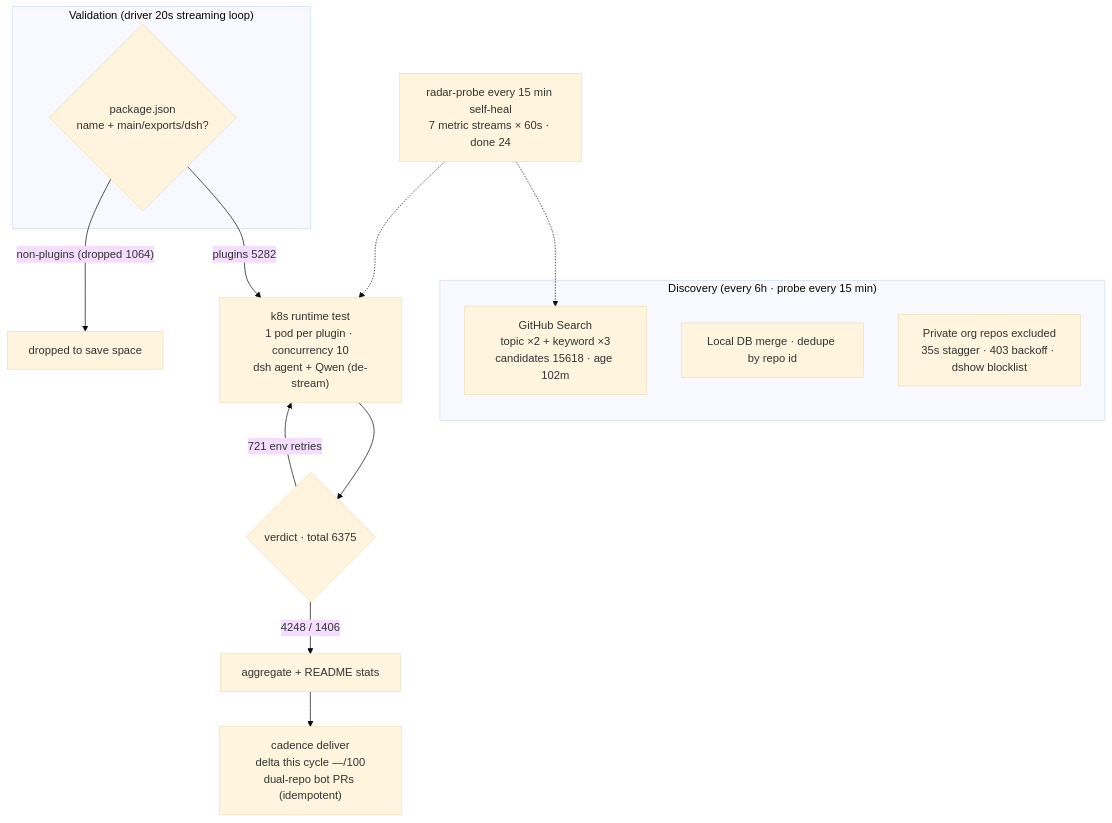
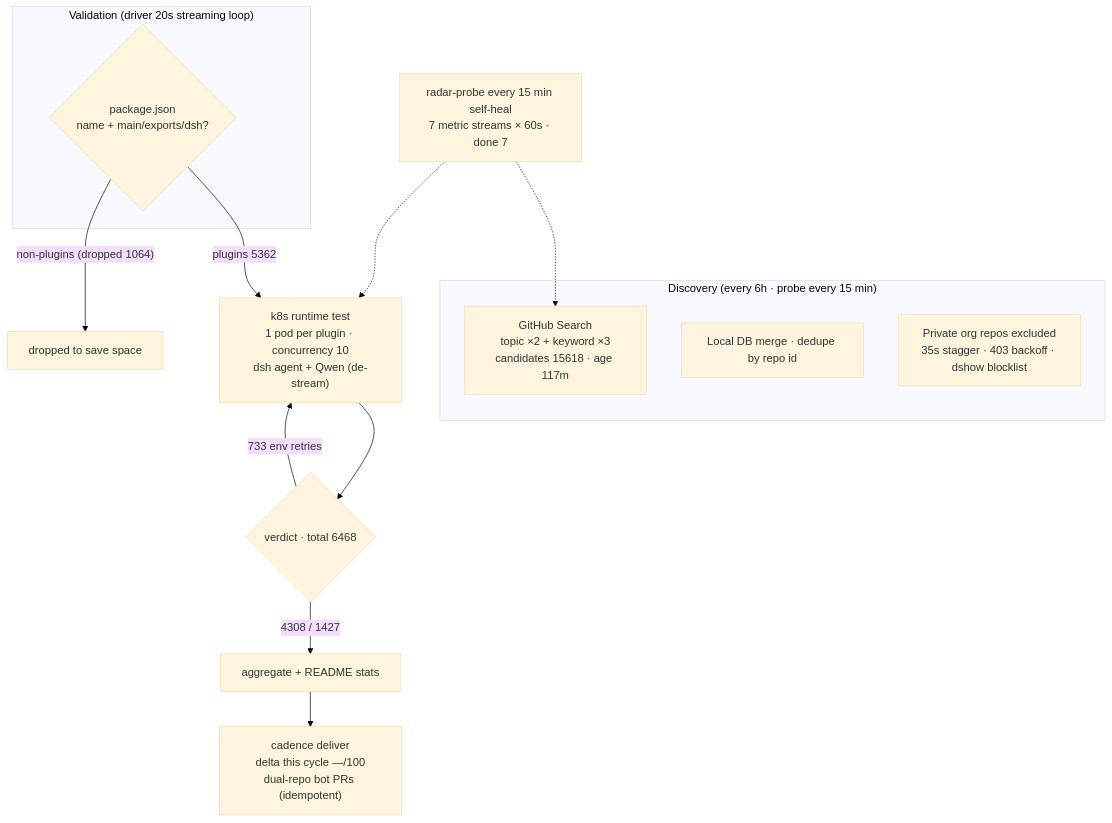
One commit to AdamPlatin123/awesome-dsh-plugins changed the diagram in README.en-US.md. Above: the diagram before and after it, drawn with Mermaid (base theme). The commit also changed other lines of this file and 5 other files, not shown here.

````diff
--- a/README.en-US.md
+++ b/README.en-US.md
@@ -30,20 +30,20 @@
 ```mermaid
 flowchart TB
     subgraph Discovery["Discovery (every 6h · probe every 15 min)"]
-        A1["GitHub Search<br/>topic ×2 + keyword ×3<br/>candidates 15618 · age 102m"]
+        A1["GitHub Search<br/>topic ×2 + keyword ×3<br/>candidates 15618 · age 117m"]
         A2["Local DB merge · dedupe by repo id"]
         A3["Private org repos excluded<br/>35s stagger · 403 backoff · dshow blocklist"]
     end
     subgraph Validation["Validation (driver 20s streaming loop)"]
         B1{"package.json<br/>name + main/exports/dsh?"}
     end
-    B1 -->|"plugins 5282"| C1["k8s runtime test<br/>1 pod per plugin · concurrency 10<br/>dsh agent + Qwen (de-stream)"]
+    B1 -->|"plugins 5362"| C1["k8s runtime test<br/>1 pod per plugin · concurrency 10<br/>dsh agent + Qwen (de-stream)"]
     B1 -->|"non-plugins (dropped 1064)"| B3["dropped to save space"]
-    C1 --> D1{"verdict · total 6375"}
-    D1 -->|"4248 / 1406"| E1["aggregate + README stats"]
-    D1 -->|"721 env retries"| C1
+    C1 --> D1{"verdict · total 6468"}
+    D1 -->|"4308 / 1427"| E1["aggregate + README stats"]
+    D1 -->|"733 env retries"| C1
     E1 --> E2["cadence deliver<br/>delta this cycle —/100<br/>dual-repo bot PRs (idempotent)"]
-    M["radar-probe every 15 min self-heal<br/>7 metric streams × 60s · done 24"]
+    M["radar-probe every 15 min self-heal<br/>7 metric streams × 60s · done 7"]
     M -.-> A1
     M -.-> C1
 ```
````
